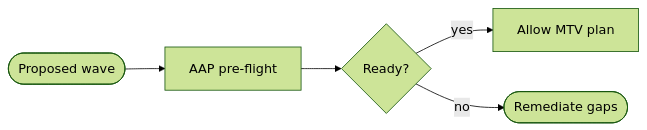
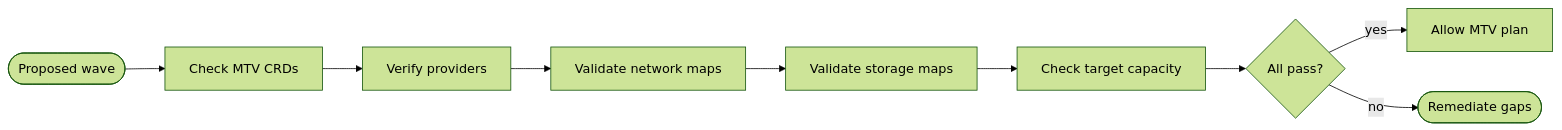
The first of 2 diagrams in README-Virtualization-Use-Case-02-Pre-Migration-Validation.md (ansible-tmm/solution-guides), drawn with Mermaid (forest theme) before and after one commit. The commit also changed other lines of this file and 9 other files, not shown here.

````diff
--- a/README-Virtualization-Use-Case-02-Pre-Migration-Validation.md
+++ b/README-Virtualization-Use-Case-02-Pre-Migration-Validation.md
@@ -49,7 +52,11 @@
 ```mermaid
 graph LR
-  Plan([Proposed wave]) --> Prefight[AAP pre-flight]
-  Prefight --> Ready{Ready?}
+  Plan([Proposed wave]) --> CRD[Check MTV CRDs]
+  CRD --> Provider[Verify providers]
+  Provider --> Network[Validate network maps]
+  Network --> Storage[Validate storage maps]
+  Storage --> Capacity[Check target capacity]
+  Capacity --> Ready{All pass?}
   Ready -->|yes| MTV[Allow MTV plan]
   Ready -->|no| Fix([Remediate gaps])
 ```
````
